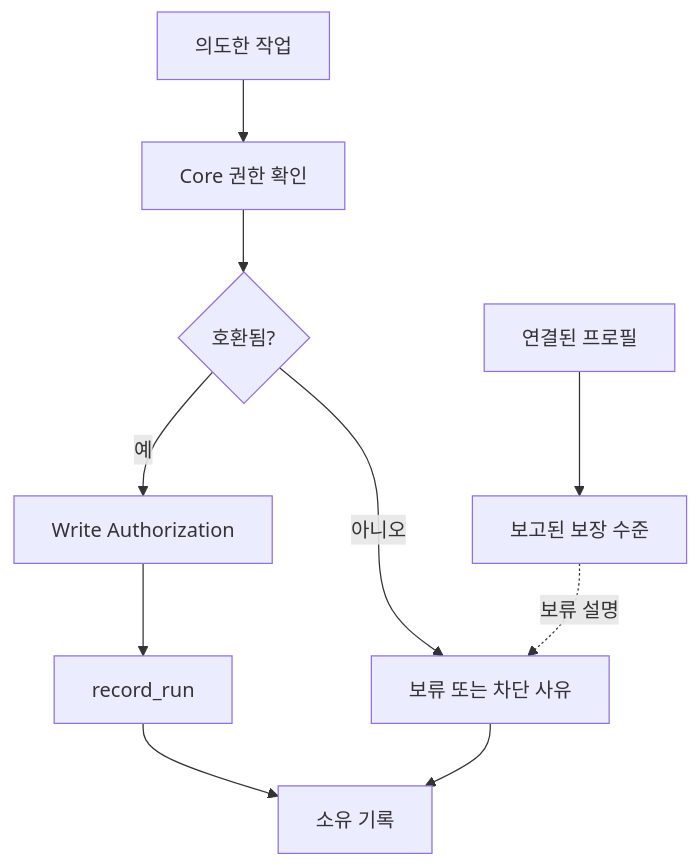
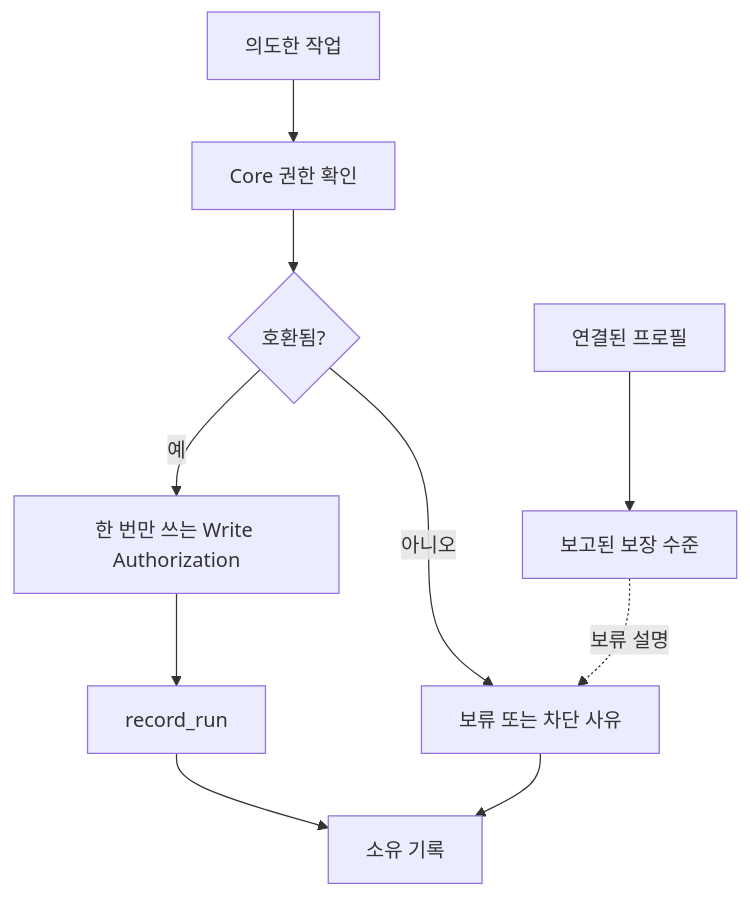
The second of 2 diagrams in docs/ko/reference/runtime-architecture.md (minjungw00/Harness_Project), drawn with Mermaid before and after one commit. The commit also changed other lines of this file and 15 other files, not shown here.

````diff
--- a/docs/ko/reference/runtime-architecture.md
+++ b/docs/ko/reference/runtime-architecture.md
@@ -327,12 +327,12 @@
 ```mermaid
 flowchart TB
   Operation["의도한 작업"] --> Core["Core 권한 확인"]
   Profile["연결된 프로필"] --> Level["보고된 보장 수준"]
   Core --> Decision{"호환됨?"}
-  Decision -->|예| Authorization["Write Authorization"]
+  Decision -->|예| Authorization["한 번만 쓰는 Write Authorization"]
   Authorization --> Run["record_run"]
   Run --> Records["소유 기록"]
   Decision -->|아니오| Blocker["보류 또는 차단 사유"]
   Level -. 보류 설명 .-> Blocker
   Blocker --> Records
 ```
````
